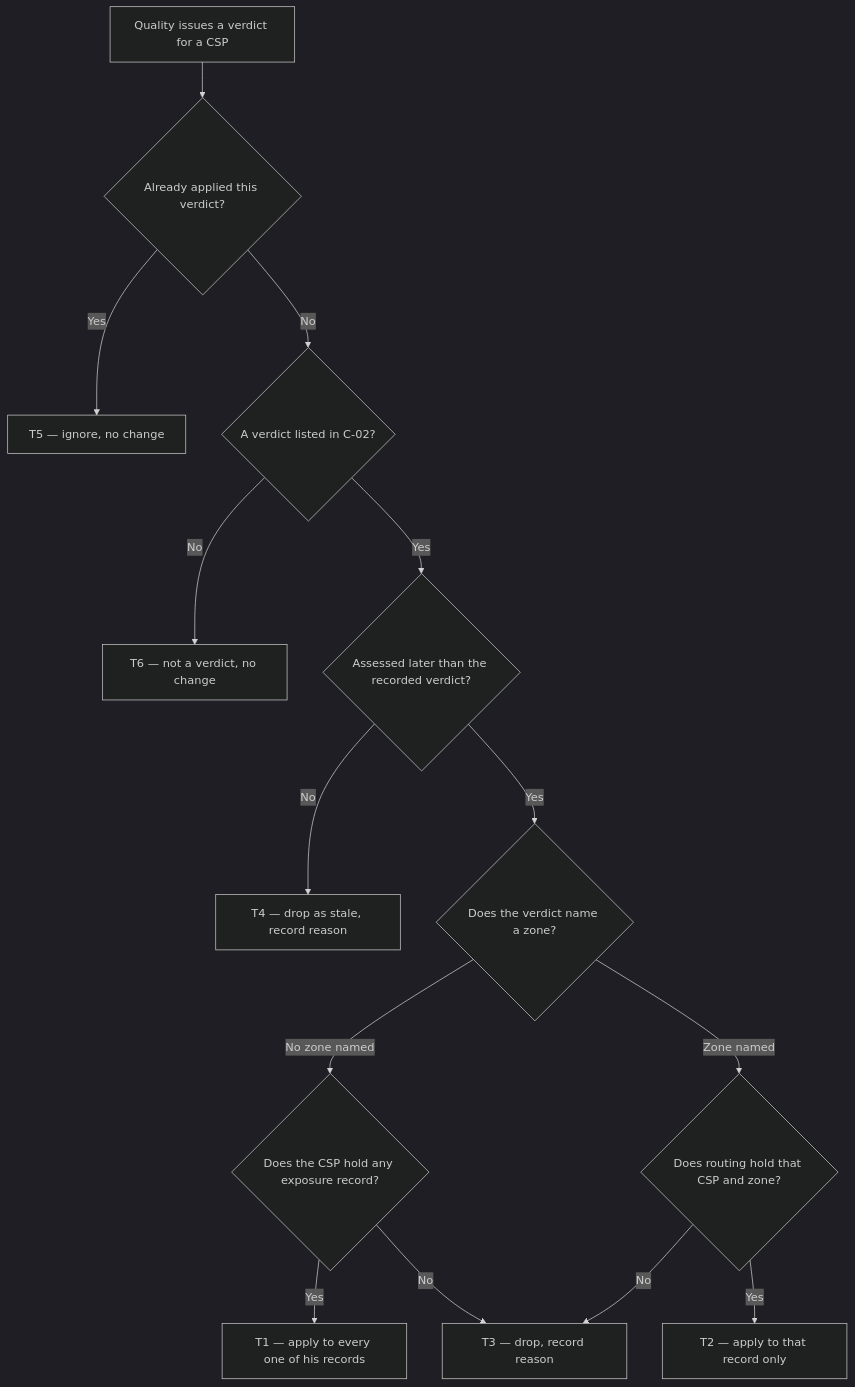
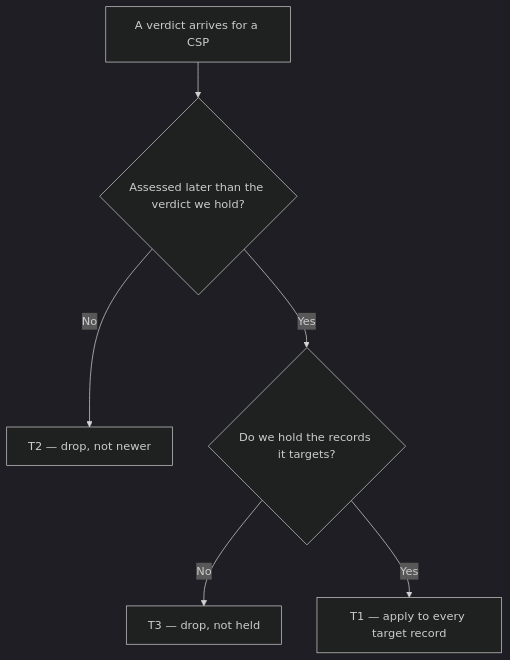
One commit to ashish-raj-wiom/das-quality-verdict-routing changed the diagram in DAS_Quality_Verdict_Routing_PRD.md. Above: the diagram before and after it, drawn with Mermaid (dark theme). The commit also changed other lines of this file and 1 other file, not shown here.

First line of the commit message:
v0.3 — drop Configurability, add G4 downstream-untouched, collapse the flow chart

````diff
--- a/DAS_Quality_Verdict_Routing_PRD.md
+++ b/DAS_Quality_Verdict_Routing_PRD.md
@@ -63,16 +74,8 @@
 ```mermaid
 flowchart TD
-    A["Quality issues a verdict for a CSP"] --> B{"Already applied this verdict?"}
-    B -- "Yes" --> C["T5 — ignore, no change"]
-    B -- "No" --> D{"A verdict listed in C-02?"}
-    D -- "No" --> E["T6 — not a verdict, no change"]
-    D -- "Yes" --> F{"Assessed later than the recorded verdict?"}
-    F -- "No" --> G["T4 — drop as stale, record reason"]
-    F -- "Yes" --> H{"Does the verdict name a zone?"}
-    H -- "No zone named" --> I{"Does the CSP hold any exposure record?"}
-    I -- "Yes" --> J["T1 — apply to every one of his records"]
-    I -- "No" --> K["T3 — drop, record reason"]
-    H -- "Zone named" --> L{"Does routing hold that CSP and zone?"}
-    L -- "Yes" --> M["T2 — apply to that record only"]
-    L -- "No" --> K
+    A["A verdict arrives for a CSP"] --> B{"Assessed later than the verdict we hold?"}
+    B -- "No" --> C["T2 — drop, not newer"]
+    B -- "Yes" --> D{"Do we hold the records it targets?"}
+    D -- "No" --> E["T3 — drop, not held"]
+    D -- "Yes" --> F["T1 — apply to every target record"]
 ```
````
